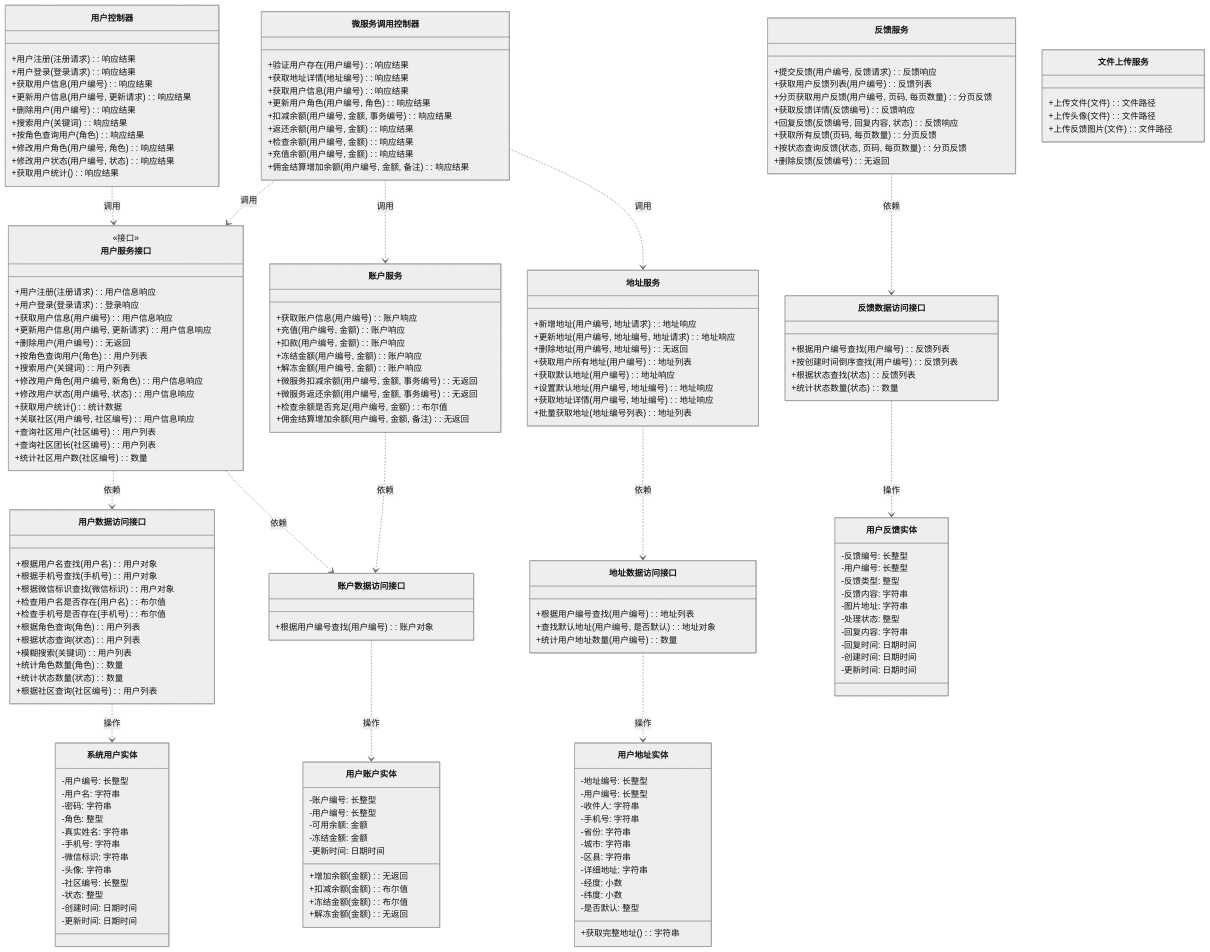
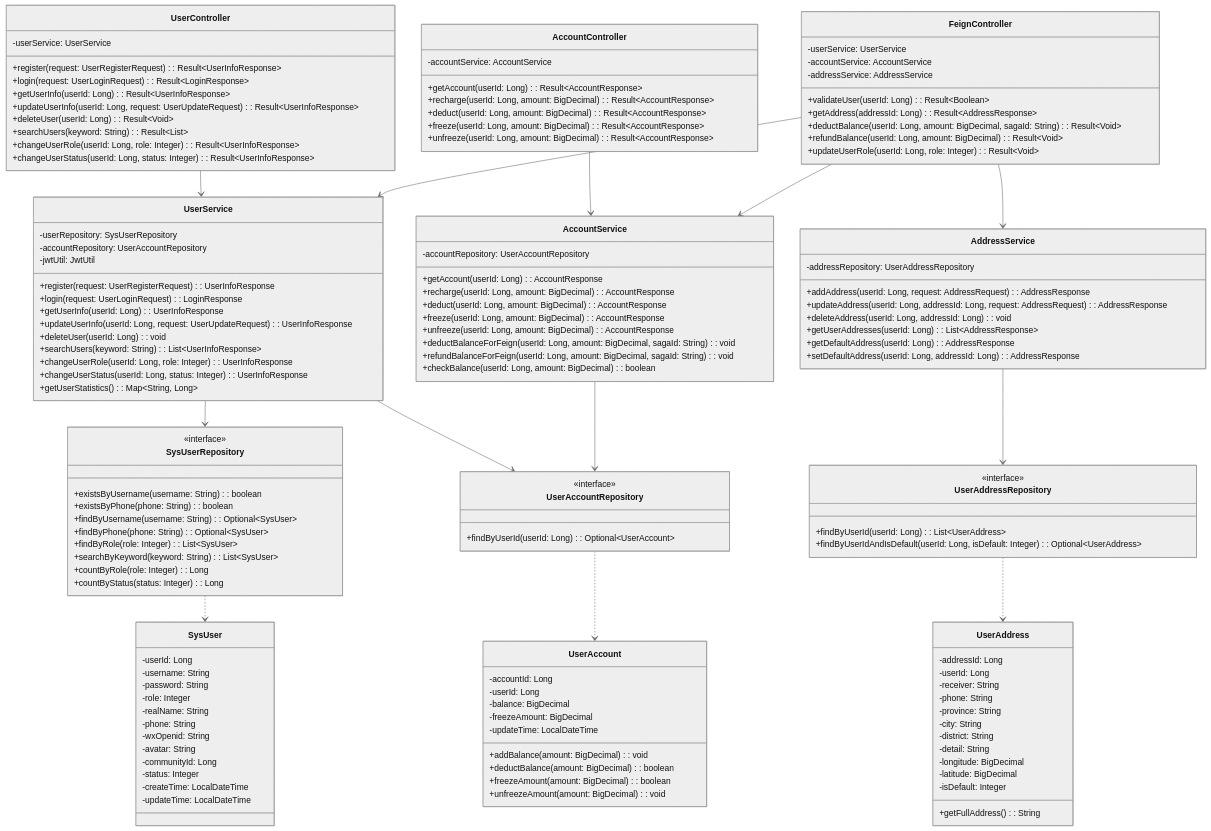
Before and after one commit to gkr185/BYSJ-gkr: the sixth of 6 diagrams in docs/社区团购系统/毕设报告相关/毕业设计报告_第6-9章.md, drawn with Mermaid (neutral theme). The commit also changed other lines of this file and 114 other files, not shown here.

````diff
--- a/docs/社区团购系统/毕设报告相关/毕业设计报告_第6-9章.md
+++ b/docs/社区团购系统/毕设报告相关/毕业设计报告_第6-9章.md
@@ -209,185 +367,151 @@
 ```mermaid
 classDiagram
-    class 用户控制器 {
-        +用户注册(注册请求): 响应结果
-        +用户登录(登录请求): 响应结果
-        +获取用户信息(用户编号): 响应结果
-        +更新用户信息(用户编号, 更新请求): 响应结果
-        +删除用户(用户编号): 响应结果
-        +搜索用户(关键词): 响应结果
-        +按角色查询用户(角色): 响应结果
-        +修改用户角色(用户编号, 角色): 响应结果
-        +修改用户状态(用户编号, 状态): 响应结果
-        +获取用户统计(): 响应结果
+    direction TB
+    
+    class UserController {
+        -userService: UserService
+        +register(request: UserRegisterRequest): Result~UserInfoResponse~
+        +login(request: UserLoginRequest): Result~LoginResponse~
+        +getUserInfo(userId: Long): Result~UserInfoResponse~
+        +updateUserInfo(userId: Long, request: UserUpdateRequest): Result~UserInfoResponse~
+        +deleteUser(userId: Long): Result~Void~
+        +searchUsers(keyword: String): Result~List~
+        +changeUserRole(userId: Long, role: Integer): Result~UserInfoResponse~
+        +changeUserStatus(userId: Long, status: Integer): Result~UserInfoResponse~
+    }
+    
+    class AccountController {
+        -accountService: AccountService
+        +getAccount(userId: Long): Result~AccountResponse~
+        +recharge(userId: Long, amount: BigDecimal): Result~AccountResponse~
+        +deduct(userId: Long, amount: BigDecimal): Result~AccountResponse~
+        +freeze(userId: Long, amount: BigDecimal): Result~AccountResponse~
+        +unfreeze(userId: Long, amount: BigDecimal): Result~AccountResponse~
+    }
+    
+    class FeignController {
+        -userService: UserService
+        -accountService: AccountService
+        -addressService: AddressService
+        +validateUser(userId: Long): Result~Boolean~
+        +getAddress(addressId: Long): Result~AddressResponse~
+        +deductBalance(userId: Long, amount: BigDecimal, sagaId: String): Result~Void~
+        +refundBalance(userId: Long, amount: BigDecimal): Result~Void~
+        +updateUserRole(userId: Long, role: Integer): Result~Void~
+    }
+    
+    class UserService {
+        -userRepository: SysUserRepository
+        -accountRepository: UserAccountRepository
+        -jwtUtil: JwtUtil
+        +register(request: UserRegisterRequest): UserInfoResponse
+        +login(request: UserLoginRequest): LoginResponse
+        +getUserInfo(userId: Long): UserInfoResponse
+        +updateUserInfo(userId: Long, request: UserUpdateRequest): UserInfoResponse
+        +deleteUser(userId: Long): void
+        +searchUsers(keyword: String): List~UserInfoResponse~
+        +changeUserRole(userId: Long, role: Integer): UserInfoResponse
+        +changeUserStatus(userId: Long, status: Integer): UserInfoResponse
+        +getUserStatistics(): Map~String, Long~
+    }
+    
+    class AccountService {
+        -accountRepository: UserAccountRepository
+        +getAccount(userId: Long): AccountResponse
+        +recharge(userId: Long, amount: BigDecimal): AccountResponse
+        +deduct(userId: Long, amount: BigDecimal): AccountResponse
+        +freeze(userId: Long, amount: BigDecimal): AccountResponse
+        +unfreeze(userId: Long, amount: BigDecimal): AccountResponse
+        +deductBalanceForFeign(userId: Long, amount: BigDecimal, sagaId: String): void
+        +refundBalanceForFeign(userId: Long, amount: BigDecimal, sagaId: String): void
+        +checkBalance(userId: Long, amount: BigDecimal): boolean
+    }
+    
+    class AddressService {
+        -addressRepository: UserAddressRepository
+        +addAddress(userId: Long, request: AddressRequest): AddressResponse
+        +updateAddress(userId: Long, addressId: Long, request: AddressRequest): AddressResponse
+        +deleteAddress(userId: Long, addressId: Long): void
+        +getUserAddresses(userId: Long): List~AddressResponse~
+        +getDefaultAddress(userId: Long): AddressResponse
+        +setDefaultAddress(userId: Long, addressId: Long): AddressResponse
+    }
+    
+    class SysUserRepository {
+        <<interface>>
+        +existsByUsername(username: String): boolean
+        +existsByPhone(phone: String): boolean
+        +findByUsername(username: String): Optional~SysUser~
+        +findByPhone(phone: String): Optional~SysUser~
+        +findByRole(role: Integer): List~SysUser~
+        +searchByKeyword(keyword: String): List~SysUser~
+        +countByRole(role: Integer): Long
+        +countByStatus(status: Integer): Long
+    }
+    
+    class UserAccountRepository {
+        <<interface>>
+        +findByUserId(userId: Long): Optional~UserAccount~
+    }
+    
+    class UserAddressRepository {
+        <<interface>>
+        +findByUserId(userId: Long): List~UserAddress~
+        +findByUserIdAndIsDefault(userId: Long, isDefault: Integer): Optional~UserAddress~
+    }
+    
+    class SysUser {
+        -userId: Long
+        -username: String
+        -password: String
+        -role: Integer
+        -realName: String
+        -phone: String
+        -wxOpenid: String
+        -avatar: String
+        -communityId: Long
+        -status: Integer
+        -createTime: LocalDateTime
+        -updateTime: LocalDateTime
+    }
+    
+    class UserAccount {
+        -accountId: Long
+        -userId: Long
+        -balance: BigDecimal
+        -freezeAmount: BigDecimal
+        -updateTime: LocalDateTime
+        +addBalance(amount: BigDecimal): void
+        +deductBalance(amount: BigDecimal): boolean
+        +freezeAmount(amount: BigDecimal): boolean
+        +unfreezeAmount(amount: BigDecimal): void
+    }
+    
+    class UserAddress {
+        -addressId: Long
+        -userId: Long
+        -receiver: String
+        -phone: String
+        -province: String
+        -city: String
+        -district: String
+        -detail: String
+        -longitude: BigDecimal
+        -latitude: BigDecimal
+        -isDefault: Integer
+        +getFullAddress(): String
     }
 
-    class 微服务调用控制器 {
-        +验证用户存在(用户编号): 响应结果
-        +获取地址详情(地址编号): 响应结果
-        +获取用户信息(用户编号): 响应结果
-        +更新用户角色(用户编号, 角色): 响应结果
-        +扣减余额(用户编号, 金额, 事务编号): 响应结果
-        +返还余额(用户编号, 金额): 响应结果
-        +检查余额(用户编号, 金额): 响应结果
-        +充值余额(用户编号, 金额): 响应结果
-        +佣金结算增加余额(用户编号, 金额, 备注): 响应结果
-    }
-
-    class 用户服务接口 {
-        <<接口>>
-        +用户注册(注册请求): 用户信息响应
-        +用户登录(登录请求): 登录响应
-        +获取用户信息(用户编号): 用户信息响应
-        +更新用户信息(用户编号, 更新请求): 用户信息响应
-        +删除用户(用户编号): 无返回
-        +按角色查询用户(角色): 用户列表
-        +搜索用户(关键词): 用户列表
-        +修改用户角色(用户编号, 新角色): 用户信息响应
-        +修改用户状态(用户编号, 状态): 用户信息响应
-        +获取用户统计(): 统计数据
-        +关联社区(用户编号, 社区编号): 用户信息响应
-        +查询社区用户(社区编号): 用户列表
-        +查询社区团长(社区编号): 用户列表
-        +统计社区用户数(社区编号): 数量
-    }
-
-    class 账户服务 {
-        +获取账户信息(用户编号): 账户响应
-        +充值(用户编号, 金额): 账户响应
-        +扣款(用户编号, 金额): 账户响应
-        +冻结金额(用户编号, 金额): 账户响应
-        +解冻金额(用户编号, 金额): 账户响应
-        +微服务扣减余额(用户编号, 金额, 事务编号): 无返回
-        +微服务返还余额(用户编号, 金额, 事务编号): 无返回
-        +检查余额是否充足(用户编号, 金额): 布尔值
-        +佣金结算增加余额(用户编号, 金额, 备注): 无返回
-    }
-
-    class 地址服务 {
-        +新增地址(用户编号, 地址请求): 地址响应
-        +更新地址(用户编号, 地址编号, 地址请求): 地址响应
-        +删除地址(用户编号, 地址编号): 无返回
-        +获取用户所有地址(用户编号): 地址列表
-        +获取默认地址(用户编号): 地址响应
-        +设置默认地址(用户编号, 地址编号): 地址响应
-        +获取地址详情(用户编号, 地址编号): 地址响应
-        +批量获取地址(地址编号列表): 地址列表
-    }
-
-    class 反馈服务 {
-        +提交反馈(用户编号, 反馈请求): 反馈响应
-        +获取用户反馈列表(用户编号): 反馈列表
-        +分页获取用户反馈(用户编号, 页码, 每页数量): 分页反馈
-        +获取反馈详情(反馈编号): 反馈响应
-        +回复反馈(反馈编号, 回复内容, 状态): 反馈响应
-        +获取所有反馈(页码, 每页数量): 分页反馈
-        +按状态查询反馈(状态, 页码, 每页数量): 分页反馈
-        +删除反馈(反馈编号): 无返回
-    }
-
-    class 文件上传服务 {
-        +上传文件(文件): 文件路径
-        +上传头像(文件): 文件路径
-        +上传反馈图片(文件): 文件路径
-    }
-
-    class 用户数据访问接口 {
-        +根据用户名查找(用户名): 用户对象
-        +根据手机号查找(手机号): 用户对象
-        +根据微信标识查找(微信标识): 用户对象
-        +检查用户名是否存在(用户名): 布尔值
-        +检查手机号是否存在(手机号): 布尔值
-        +根据角色查询(角色): 用户列表
-        +根据状态查询(状态): 用户列表
-        +模糊搜索(关键词): 用户列表
-        +统计角色数量(角色): 数量
-        +统计状态数量(状态): 数量
-        +根据社区查询(社区编号): 用户列表
-    }
-
-    class 账户数据访问接口 {
-        +根据用户编号查找(用户编号): 账户对象
-    }
-
-    class 地址数据访问接口 {
-        +根据用户编号查找(用户编号): 地址列表
-        +查找默认地址(用户编号, 是否默认): 地址对象
-        +统计用户地址数量(用户编号): 数量
-    }
-
-    class 反馈数据访问接口 {
-        +根据用户编号查找(用户编号): 反馈列表
-        +按创建时间倒序查找(用户编号): 反馈列表
-        +根据状态查找(状态): 反馈列表
-        +统计状态数量(状态): 数量
-    }
-
-    class 系统用户实体 {
-        -用户编号: 长整型
-        -用户名: 字符串
-        -密码: 字符串
-        -角色: 整型
-        -真实姓名: 字符串
-        -手机号: 字符串
-        -微信标识: 字符串
-        -头像: 字符串
-        -社区编号: 长整型
-        -状态: 整型
-        -创建时间: 日期时间
-        -更新时间: 日期时间
-    }
-
-    class 用户账户实体 {
-        -账户编号: 长整型
-        -用户编号: 长整型
-        -可用余额: 金额
-        -冻结金额: 金额
-        -更新时间: 日期时间
-        +增加余额(金额): 无返回
-        +扣减余额(金额): 布尔值
-        +冻结金额(金额): 布尔值
-        +解冻金额(金额): 无返回
-    }
-
-    class 用户地址实体 {
-        -地址编号: 长整型
-        -用户编号: 长整型
-        -收件人: 字符串
-        -手机号: 字符串
-        -省份: 字符串
-        -城市: 字符串
-        -区县: 字符串
-        -详细地址: 字符串
-        -经度: 小数
-        -纬度: 小数
-        -是否默认: 整型
-        +获取完整地址(): 字符串
-    }
-
-    class 用户反馈实体 {
-        -反馈编号: 长整型
-        -用户编号: 长整型
-        -反馈类型: 整型
-        -反馈内容: 字符串
-        -图片地址: 字符串
-        -处理状态: 整型
-        -回复内容: 字符串
-        -回复时间: 日期时间
-        -创建时间: 日期时间
-        -更新时间: 日期时间
-    }
-
-    用户控制器 ..> 用户服务接口 : 调用
-    微服务调用控制器 ..> 用户服务接口 : 调用
-    微服务调用控制器 ..> 账户服务 : 调用
-    微服务调用控制器 ..> 地址服务 : 调用
-    用户服务接口 ..> 用户数据访问接口 : 依赖
-    用户服务接口 ..> 账户数据访问接口 : 依赖
-    账户服务 ..> 账户数据访问接口 : 依赖
-    地址服务 ..> 地址数据访问接口 : 依赖
-    反馈服务 ..> 反馈数据访问接口 : 依赖
-    用户数据访问接口 ..> 系统用户实体 : 操作
-    账户数据访问接口 ..> 用户账户实体 : 操作
-    地址数据访问接口 ..> 用户地址实体 : 操作
-    反馈数据访问接口 ..> 用户反馈实体 : 操作
+    UserController --> UserService
+    AccountController --> AccountService
+    FeignController --> UserService
+    FeignController --> AccountService
+    FeignController --> AddressService
+    UserService --> SysUserRepository
+    UserService --> UserAccountRepository
+    AccountService --> UserAccountRepository
+    AddressService --> UserAddressRepository
+    SysUserRepository ..> SysUser
+    UserAccountRepository ..> UserAccount
+    UserAddressRepository ..> UserAddress
 ```
````
